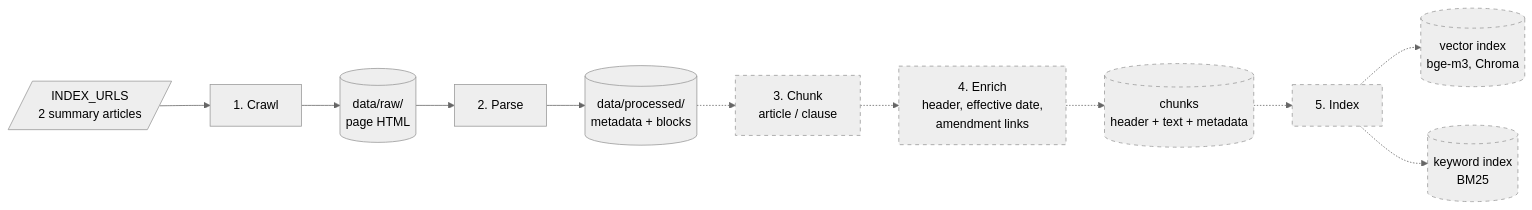
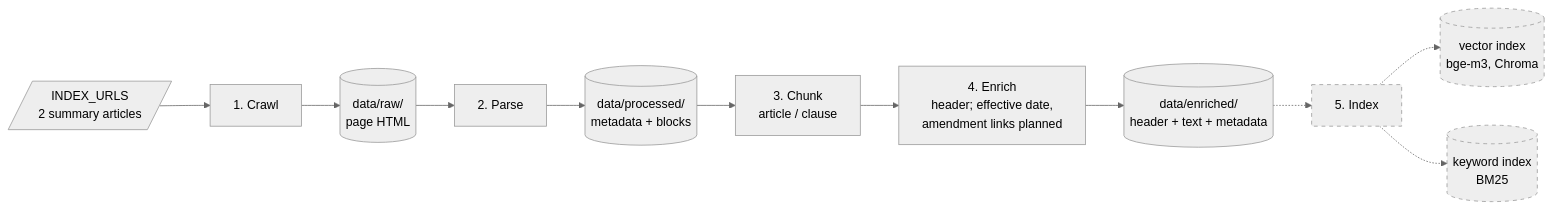
The first of 2 diagrams in docs/product/architecture.md (HieuQuang4438/vn-tax-law-rag), drawn with Mermaid (neutral theme) before and after one commit. The commit also changed other lines of this file and 8 other files, not shown here.

First line of the commit message:
feat: add a context header to every chunk

````diff
--- a/docs/product/architecture.md
+++ b/docs/product/architecture.md
@@ -22,16 +22,16 @@
 ```mermaid
 flowchart LR
     lists[/"INDEX_URLS<br/>2 summary articles"/] --> s1[1. Crawl]
     s1 --> raw[("data/raw/<br/>page HTML")]
     raw --> s2[2. Parse]
     s2 --> proc[("data/processed/<br/>metadata + blocks")]
-    proc -.-> s3[3. Chunk<br/>article / clause]
-    s3 -.-> s4[4. Enrich<br/>header, effective date,<br/>amendment links]
-    s4 -.-> chunks[("chunks<br/>header + text + metadata")]
+    proc --> s3[3. Chunk<br/>article / clause]
+    s3 --> s4[4. Enrich<br/>header; effective date,<br/>amendment links planned]
+    s4 --> chunks[("data/enriched/<br/>header + text + metadata")]
     chunks -.-> s5[5. Index]
     s5 -.-> vec[("vector index<br/>bge-m3, Chroma")]
     s5 -.-> kw[("keyword index<br/>BM25")]
 
     classDef planned stroke-dasharray: 5 5
-    class s3,s4,chunks,s5,vec,kw planned
+    class s5,vec,kw planned
 ```
````
